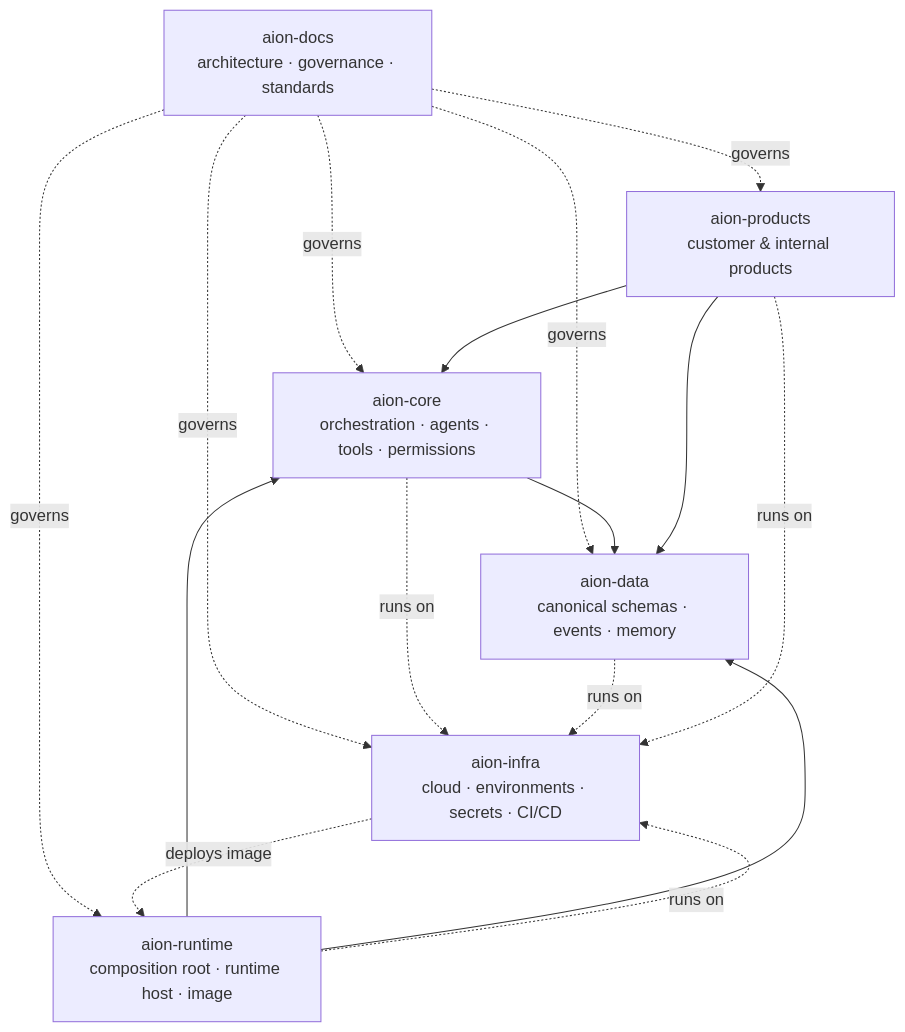
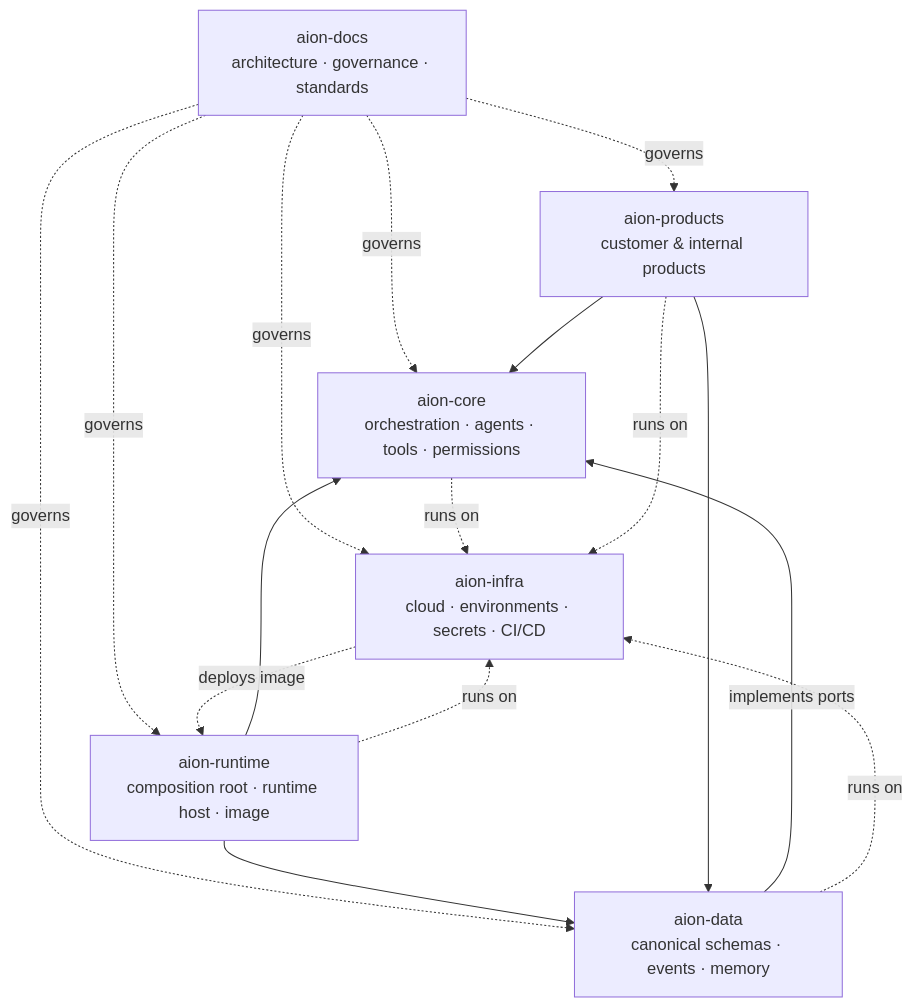
Before and after one commit to Ceoloo/aion-docs: the diagram in repositories/README.md, drawn with Mermaid. The commit also changed other lines of this file and 7 other files, not shown here.

````diff
--- a/repositories/README.md
+++ b/repositories/README.md
@@ -12,21 +12,21 @@
 ```mermaid
 flowchart TD
     DOCS["aion-docs<br/>architecture · governance · standards"]
     CORE["aion-core<br/>orchestration · agents · tools · permissions"]
     DATA["aion-data<br/>canonical schemas · events · memory"]
     RUNTIME["aion-runtime<br/>composition root · runtime host · image"]
     INFRA["aion-infra<br/>cloud · environments · secrets · CI/CD"]
     PROD["aion-products<br/>customer & internal products"]
 
     DOCS -.governs.-> CORE & DATA & RUNTIME & INFRA & PROD
-    CORE --> DATA
+    DATA -- implements ports --> CORE
     RUNTIME --> CORE
     RUNTIME --> DATA
     PROD --> CORE
     PROD --> DATA
     CORE -.runs on.-> INFRA
     DATA -.runs on.-> INFRA
     RUNTIME -.runs on.-> INFRA
     PROD -.runs on.-> INFRA
     INFRA -."deploys image".-> RUNTIME
 ```
````
